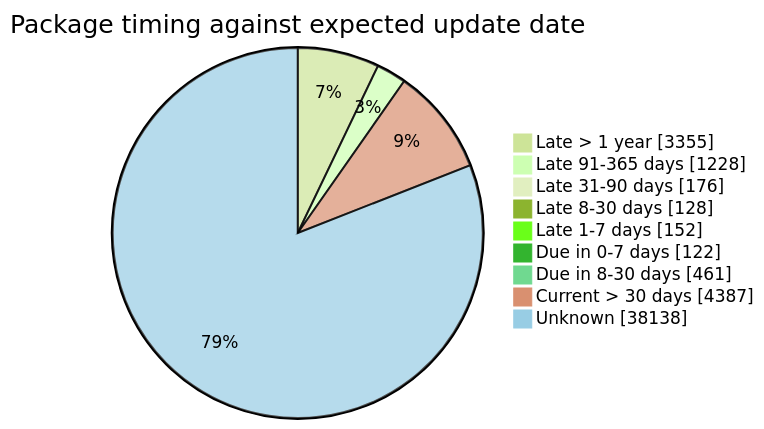
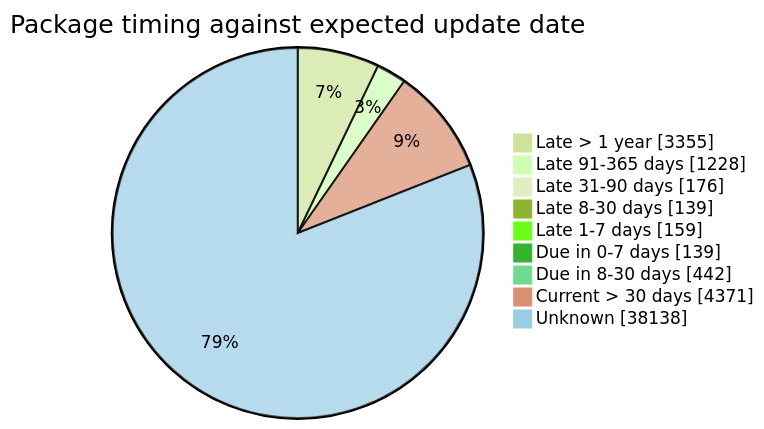
The fourth of 5 diagrams in FreshCheck/README.md (open-data/analytics-corporate-reporting), drawn with Mermaid (forest theme) before and after one commit. The commit also changed other lines of this file and 3 other files, not shown here.

````diff
--- a/FreshCheck/README.md
+++ b/FreshCheck/README.md
@@ -86,12 +86,12 @@
 ```mermaid
 pie showData title Package timing against expected update date
     "Late > 1 year": 3355
     "Late 91-365 days": 1228
     "Late 31-90 days": 176
-    "Late 8-30 days": 128
-    "Late 1-7 days": 152
-    "Due in 0-7 days": 122
-    "Due in 8-30 days": 461
-    "Current > 30 days": 4387
+    "Late 8-30 days": 139
+    "Late 1-7 days": 159
+    "Due in 0-7 days": 139
+    "Due in 8-30 days": 442
+    "Current > 30 days": 4371
     "Unknown": 38138
 ```
````
